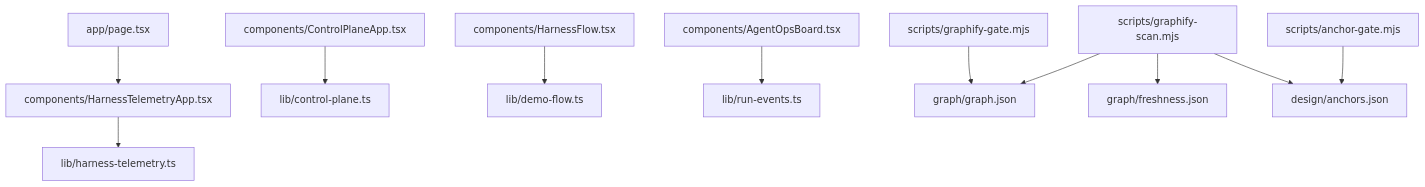
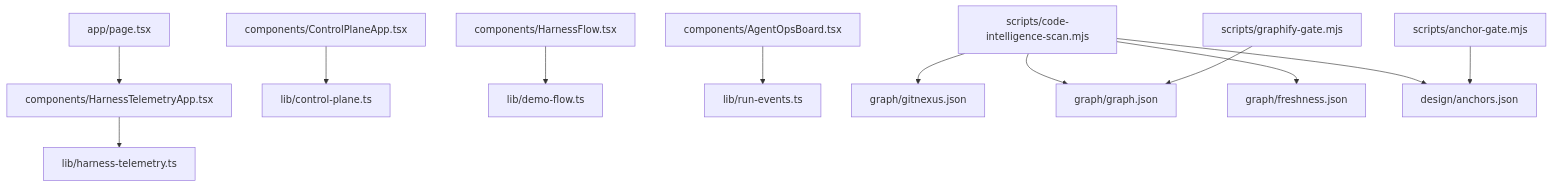
The fourth of 8 diagrams in docs/HARNESS_REPO_MAP.md (nickcarmonadigital/valdris-sdlc-harness), drawn with Mermaid before and after one commit. The commit also changed other lines of this file and 35 other files, not shown here.

Commit message:
feat: wire GitNexus code intelligence into harness flow

````diff
--- a/docs/HARNESS_REPO_MAP.md
+++ b/docs/HARNESS_REPO_MAP.md
@@ -200,17 +202,18 @@
 ```mermaid
 flowchart TD
   AppPage["app/page.tsx"] --> TelemetryApp["components/HarnessTelemetryApp.tsx"]
   TelemetryApp --> HarnessTelemetry["lib/harness-telemetry.ts"]
 
   ControlPlaneApp["components/ControlPlaneApp.tsx"] --> ControlPlane["lib/control-plane.ts"]
 
   HarnessFlow["components/HarnessFlow.tsx"] --> DemoFlow["lib/demo-flow.ts"]
 
   AgentOpsBoard["components/AgentOpsBoard.tsx"] --> RunEvents["lib/run-events.ts"]
 
-  GraphifyScan["scripts/graphify-scan.mjs"] --> GraphJson["graph/graph.json"]
-  GraphifyScan --> Freshness["graph/freshness.json"]
-  GraphifyScan --> Anchors["design/anchors.json"]
+  CodeIntel["scripts/code-intelligence-scan.mjs"] --> GitNexus["graph/gitnexus.json"]
+  CodeIntel --> GraphJson["graph/graph.json"]
+  CodeIntel --> Freshness["graph/freshness.json"]
+  CodeIntel --> Anchors["design/anchors.json"]
   GraphGate["scripts/graphify-gate.mjs"] --> GraphJson
   AnchorGate["scripts/anchor-gate.mjs"] --> Anchors
 ```
````
